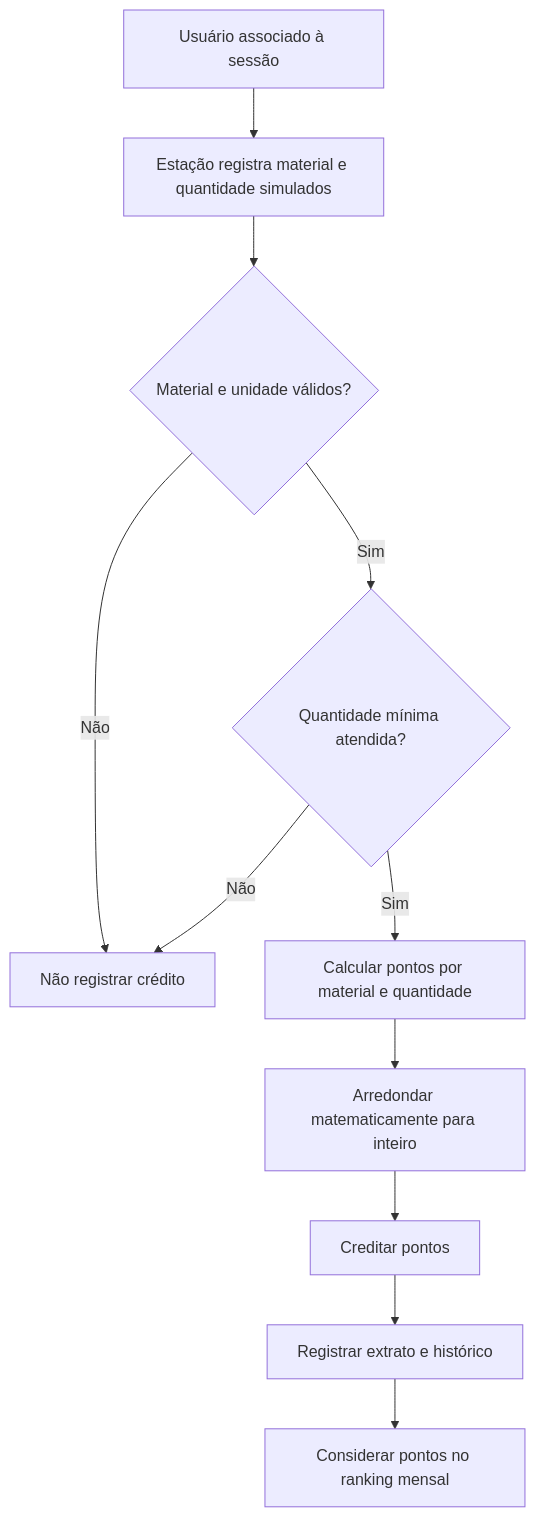
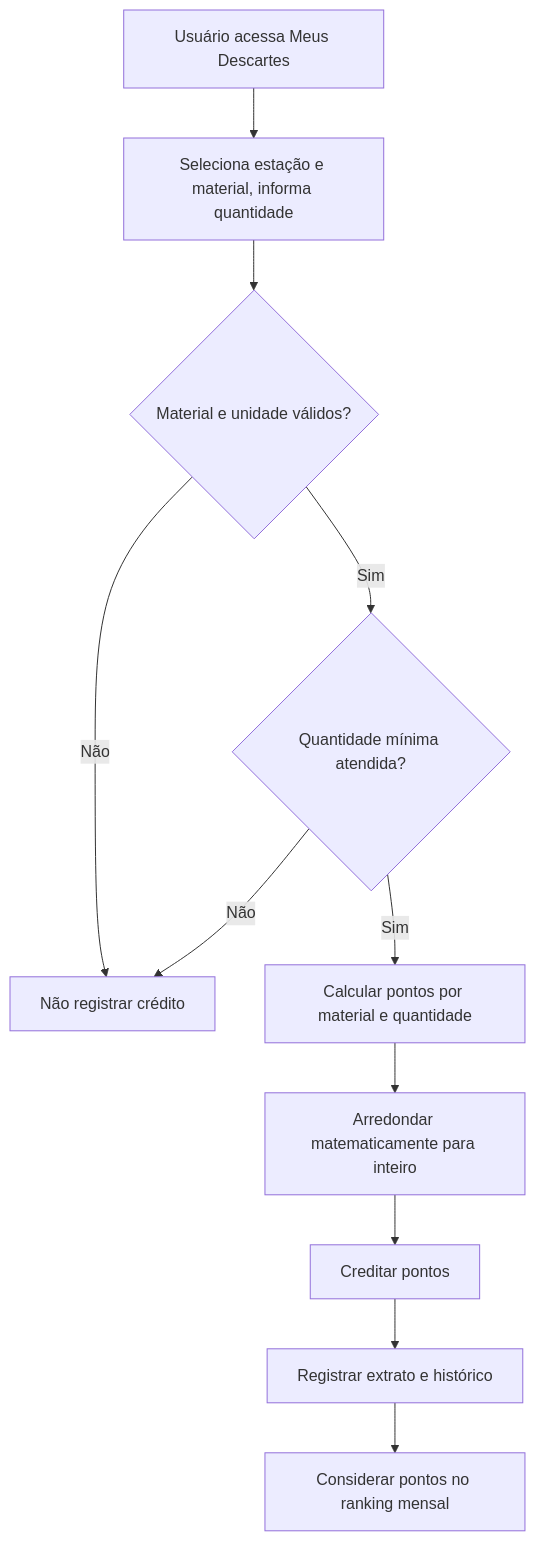
One commit to caetanopetry/eco-drop changed the second of 2 diagrams in docs/fluxos/README.md. Above: the diagram before and after it, drawn with Mermaid. The commit also changed other lines of this file and 24 other files, not shown here.

````diff
--- a/docs/fluxos/README.md
+++ b/docs/fluxos/README.md
@@ -95,13 +63,13 @@
 ```mermaid
 flowchart TD
-    A[Usuário associado à sessão] --> B[Estação registra material e quantidade simulados]
+    A[Usuário acessa Meus Descartes] --> B[Seleciona estação e material, informa quantidade]
     B --> C{Material e unidade válidos?}
     C -- Não --> X[Não registrar crédito]
     C -- Sim --> D{Quantidade mínima atendida?}
     D -- Não --> X
     D -- Sim --> E[Calcular pontos por material e quantidade]
     E --> F[Arredondar matematicamente para inteiro]
     F --> G[Creditar pontos]
     G --> H[Registrar extrato e histórico]
     H --> I[Considerar pontos no ranking mensal]
 ```
````
